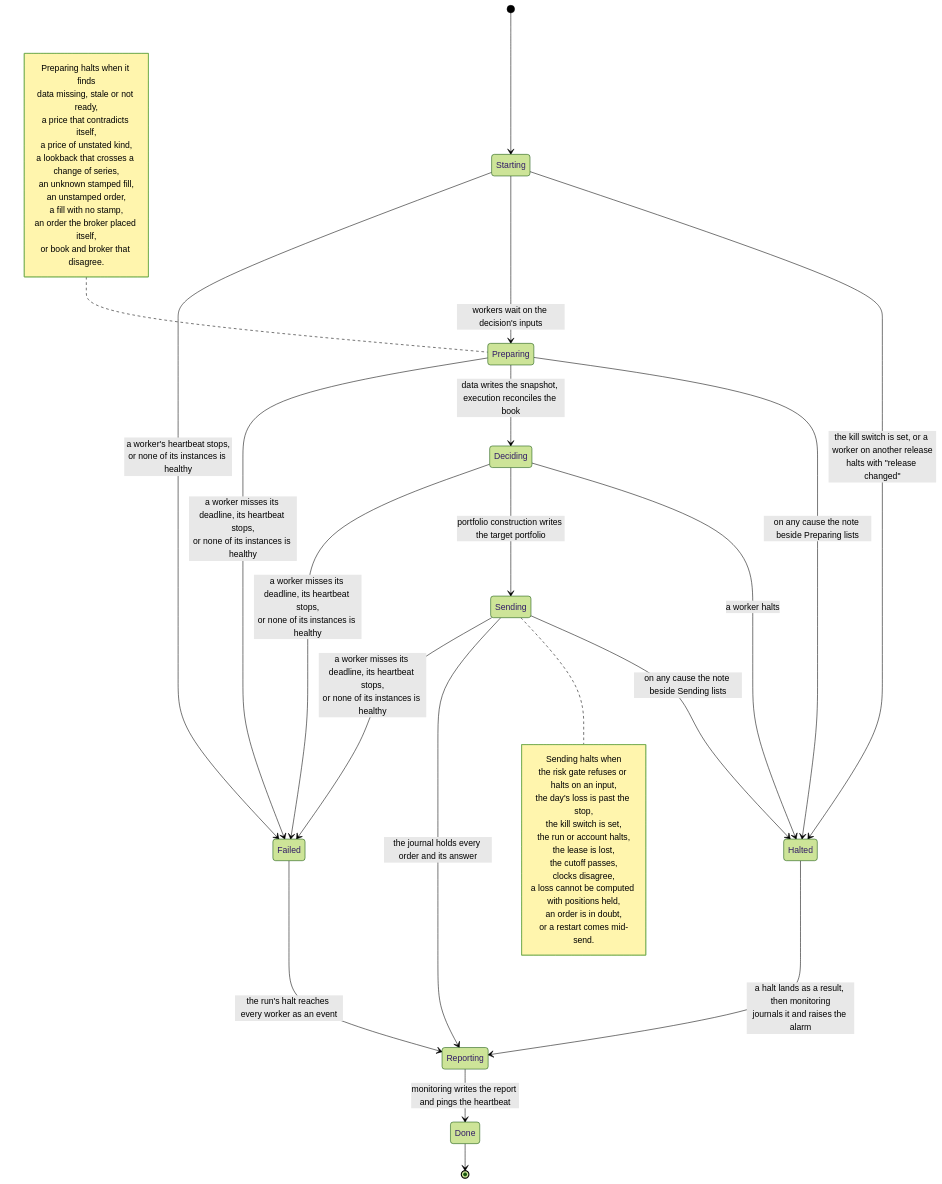
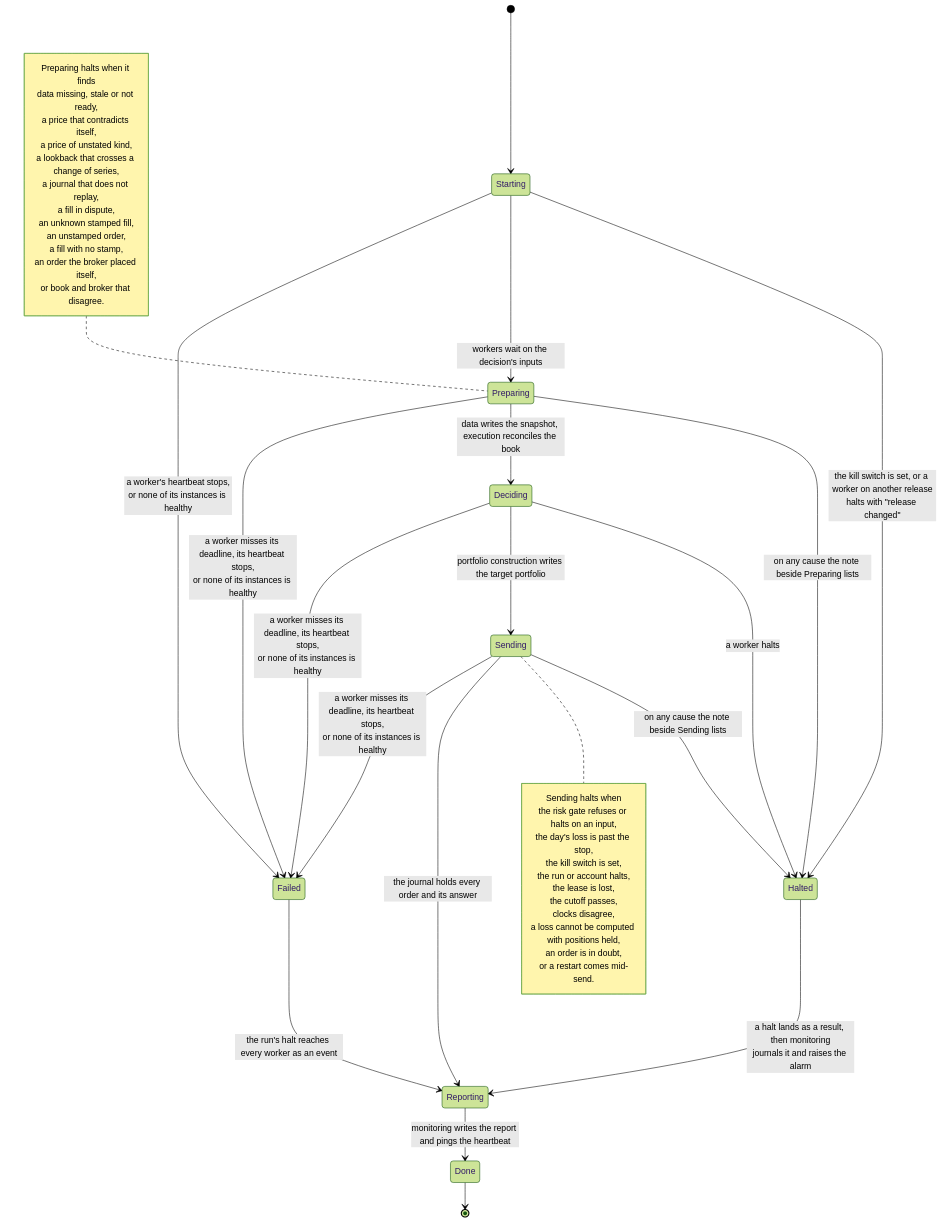
Diagram 18 of 18 in docs/architecture/06-runtime.md (l3a0/ithildin-runtime), drawn with Mermaid (forest theme) before and after one commit. The commit also changed other lines of this file and 2 other files, not shown here.

Commit message:
docs(journal): what round 6 of the review found
The note beside Preparing names a journal that does not replay and a fill in
dispute, the reader's alarm row names both test files, and the bound on a
read of fills points to the issue that holds it.

Answers round 6, of 7183384.

````diff
--- a/docs/architecture/06-runtime.md
+++ b/docs/architecture/06-runtime.md
@@ -1196,45 +1196,47 @@
 ```mermaid
 stateDiagram-v2
     [*] --> Starting
     Starting --> Halted: the kill switch is set, or a worker on another release<br/>halts with "release changed"
     Starting --> Preparing: workers wait on the decision's inputs
     Preparing --> Halted: on any cause the note beside Preparing lists
     note left of Preparing
         Preparing halts when it finds
         data missing, stale or not ready,
         a price that contradicts itself,
         a price of unstated kind,
         a lookback that crosses a change of series,
+        a journal that does not replay,
+        a fill in dispute,
         an unknown stamped fill,
         an unstamped order,
         a fill with no stamp,
         an order the broker placed itself,
         or book and broker that disagree.
     end note
     Preparing --> Deciding: data writes the snapshot, execution reconciles the book
     Deciding --> Halted: a worker halts
     Deciding --> Sending: portfolio construction writes the target portfolio
     Sending --> Halted: on any cause the note beside Sending lists
     note right of Sending
         Sending halts when
         the risk gate refuses or halts on an input,
         the day's loss is past the stop,
         the kill switch is set,
         the run or account halts,
         the lease is lost,
         the cutoff passes,
         clocks disagree,
         a loss cannot be computed with positions held,
         an order is in doubt,
         or a restart comes mid-send.
     end note
     Sending --> Reporting: the journal holds every order and its answer
     Halted --> Reporting: a halt lands as a result, then monitoring<br/>journals it and raises the alarm
     Reporting --> Done: monitoring writes the report and pings the heartbeat
     Done --> [*]
     Starting --> Failed: a worker's heartbeat stops,<br/>or none of its instances is healthy
     Preparing --> Failed: a worker misses its deadline, its heartbeat stops,<br/>or none of its instances is healthy
     Deciding --> Failed: a worker misses its deadline, its heartbeat stops,<br/>or none of its instances is healthy
     Sending --> Failed: a worker misses its deadline, its heartbeat stops,<br/>or none of its instances is healthy
     Failed --> Reporting: the run's halt reaches every worker as an event
 ```
````
